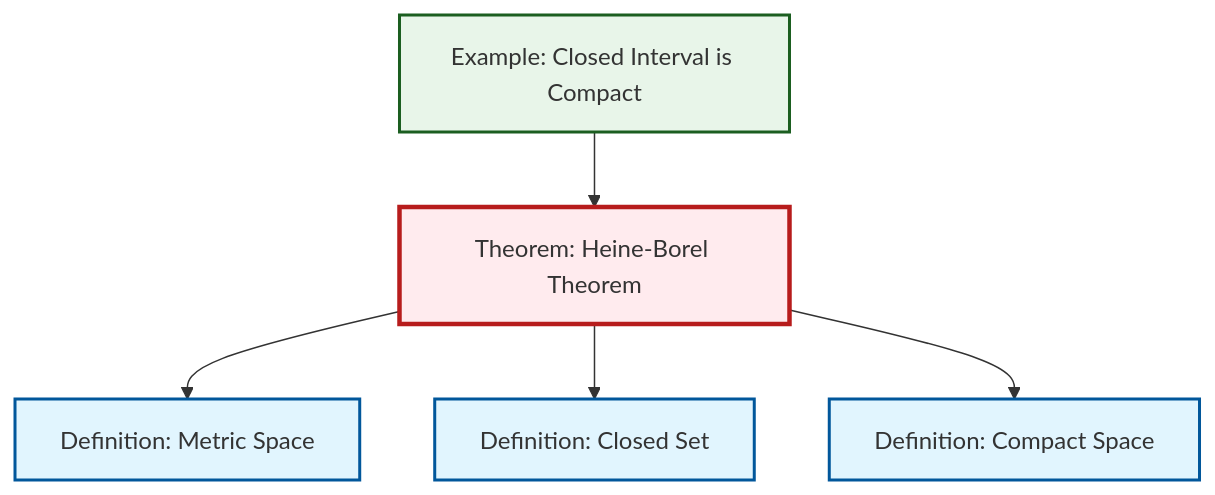
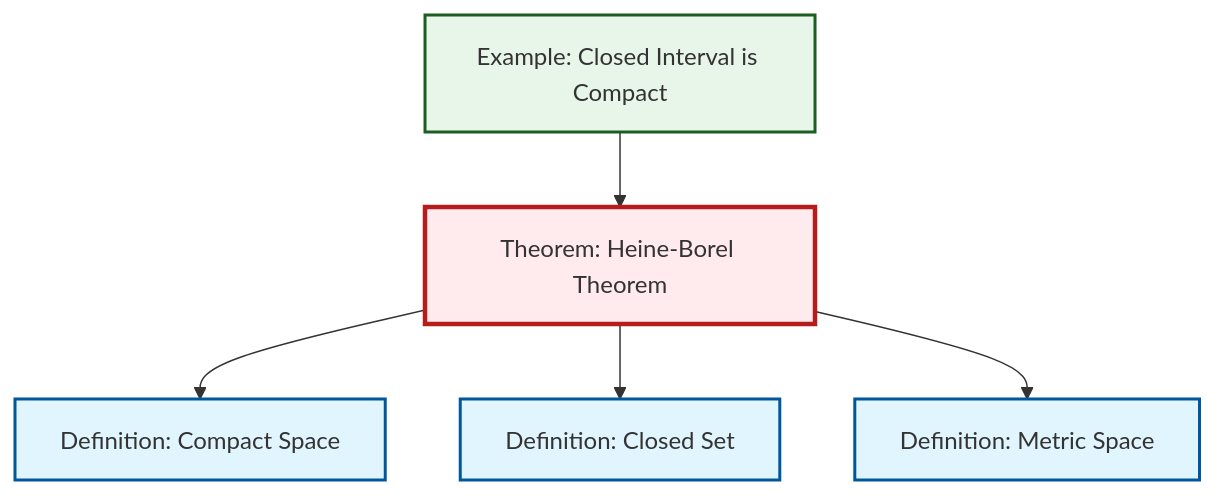
The diagram in content/en/topology/thm-heine-borel.qmd (RK0429/ModernMath), drawn with Mermaid before and after one commit. The commit also changed other lines of this file and 1012 other files, not shown here.

````diff
--- a/content/en/topology/thm-heine-borel.qmd
+++ b/content/en/topology/thm-heine-borel.qmd
@@ -46,23 +46,23 @@
 ```{mermaid}
 %%| fig-cap: "Local dependency graph"
 graph TD
     classDef definition fill:#e1f5fe,stroke:#01579b,stroke-width:2px
     classDef theorem fill:#f3e5f5,stroke:#4a148c,stroke-width:2px
     classDef axiom fill:#fff3e0,stroke:#e65100,stroke-width:2px
     classDef example fill:#e8f5e9,stroke:#1b5e20,stroke-width:2px
     classDef current fill:#ffebee,stroke:#b71c1c,stroke-width:3px
-    ex-closed-interval-compact["Example: Closed Interval is Compact"]:::example
     def-metric-space["Definition: Metric Space"]:::definition
+    def-compact["Definition: Compact Space"]:::definition
     def-closed-set["Definition: Closed Set"]:::definition
     thm-heine-borel["Theorem: Heine-Borel Theorem"]:::theorem
-    def-compact["Definition: Compact Space"]:::definition
+    ex-closed-interval-compact["Example: Closed Interval is Compact"]:::example
+    thm-heine-borel --> def-compact
+    thm-heine-borel --> def-closed-set
     thm-heine-borel --> def-metric-space
     ex-closed-interval-compact --> thm-heine-borel
-    thm-heine-borel --> def-closed-set
-    thm-heine-borel --> def-compact
     class thm-heine-borel current
+    click def-metric-space "def-metric-space.html" "Go to Metric Space definition"
+    click def-compact "def-compact.html" "Go to Compact Space definition"
+    click def-closed-set "def-closed-set.html" "Go to Closed Set definition"
     click ex-closed-interval-compact "ex-closed-interval-compact.html" "Go to Closed Interval is Compact example"
-    click def-metric-space "def-metric-space.html" "Go to Metric Space definition"
-    click def-closed-set "def-closed-set.html" "Go to Closed Set definition"
-    click def-compact "def-compact.html" "Go to Compact Space definition"
 ```
````
